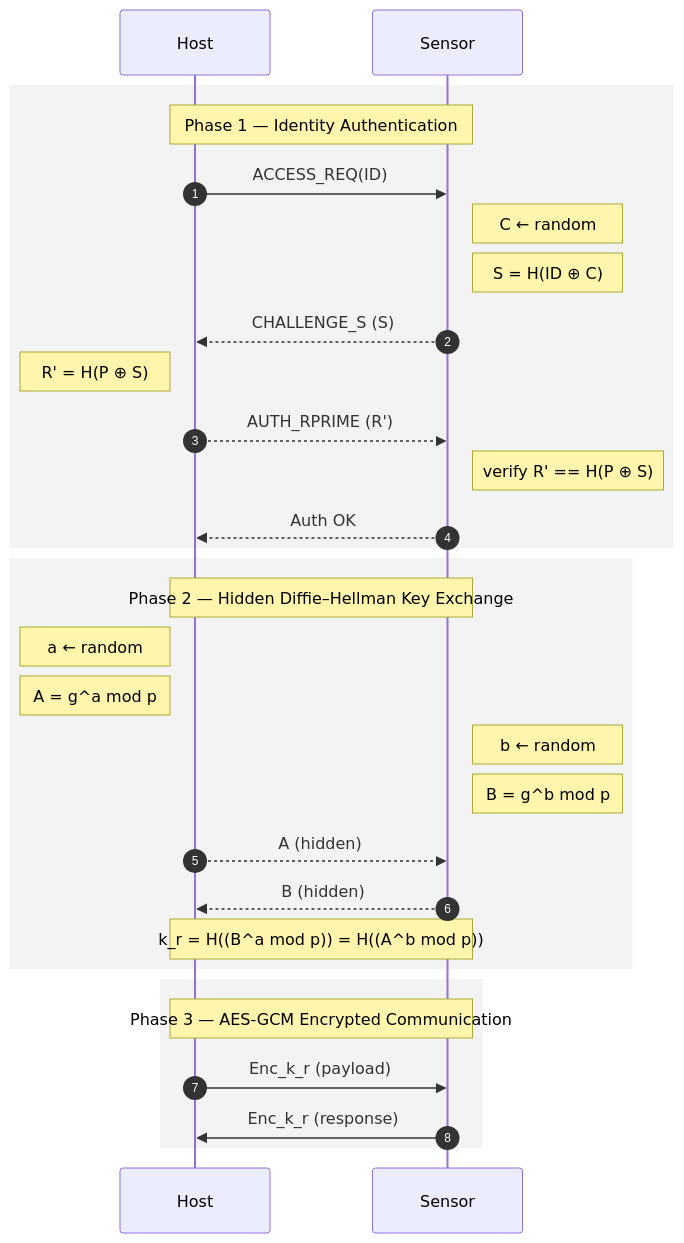
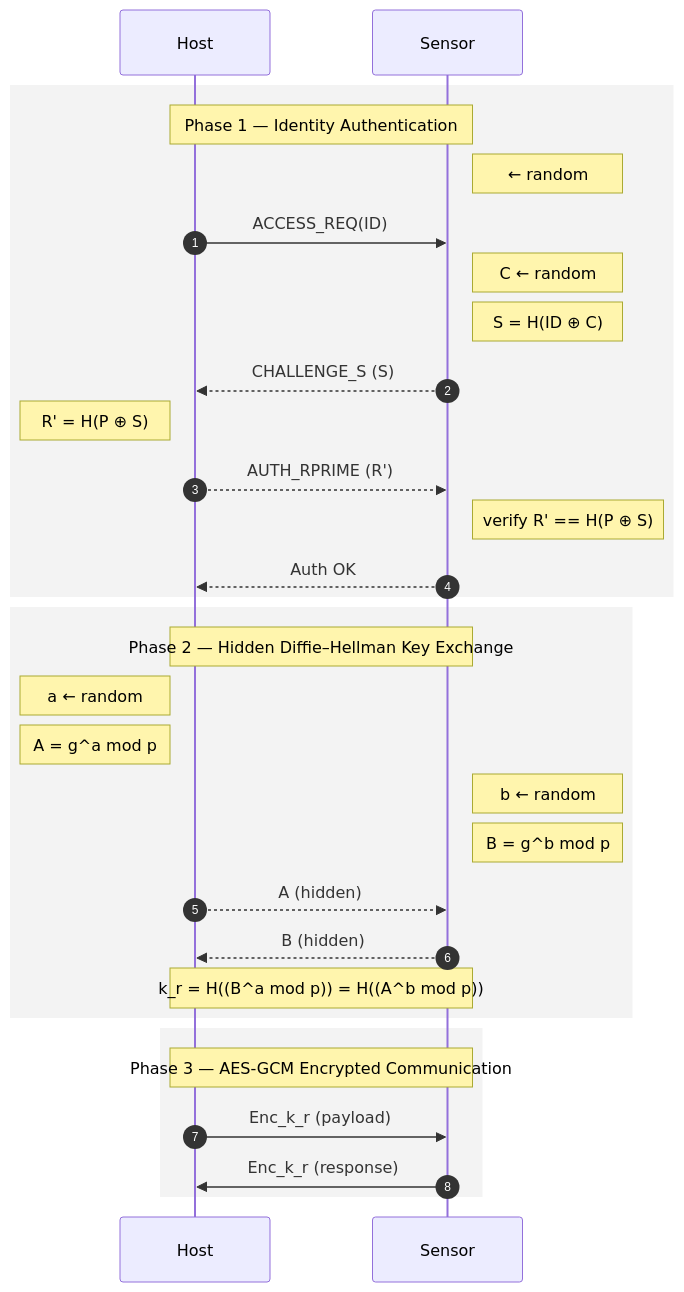
One commit to TracerWWW/iodraw-files changed the diagram in all/kr.md. Above: the diagram before and after it, drawn with Mermaid.

Commit message:
2026-01-30 02:45:24 update

````diff
--- a/all/kr.md
+++ b/all/kr.md
@@ -1,59 +1,59 @@
 ```mermaid
 sequenceDiagram
     autonumber
     participant Host
     participant Sensor
 
     %% =========================
     %% Phase 1: Identity Authentication
     %% =========================
     rect rgba(220,220,220,0.35)
     Note over Host,Sensor: Phase 1 — Identity Authentication
 
-    
+    Note right of Sensor: ← random
 
     Host->>Sensor: ACCESS_REQ(ID)
 
     Note right of Sensor: C ← random
     Note right of Sensor: S = H(ID ⊕ C)
 
     Sensor-->>Host: CHALLENGE_S (S)
 
     Note left of Host: R' = H(P ⊕ S)
 
     Host-->>Sensor: AUTH_RPRIME (R')
 
     Note right of Sensor: verify R' == H(P ⊕ S)
 
     Sensor-->>Host: Auth OK
     end
 
     %% =========================
     %% Phase 2: Hidden Diffie–Hellman
     %% =========================
     rect rgba(220,220,220,0.35)
     Note over Host,Sensor: Phase 2 — Hidden Diffie–Hellman Key Exchange
 
     Note left of Host: a ← random
     Note left of Host: A = g^a mod p
 
     Note right of Sensor: b ← random
     Note right of Sensor: B = g^b mod p
 
     Host-->>Sensor: A (hidden)
     Sensor-->>Host: B (hidden)
 
     Note over Host,Sensor: k_r = H((B^a mod p)) = H((A^b mod p))
     end
 
     %% =========================
     %% Phase 3: Encrypted Communication
     %% =========================
     rect rgba(220,220,220,0.35)
     Note over Host,Sensor: Phase 3 — AES-GCM Encrypted Communication
 
     Host->>Sensor: Enc_k_r (payload)
     Sensor->>Host: Enc_k_r (response)
     end
 
 ```
````
